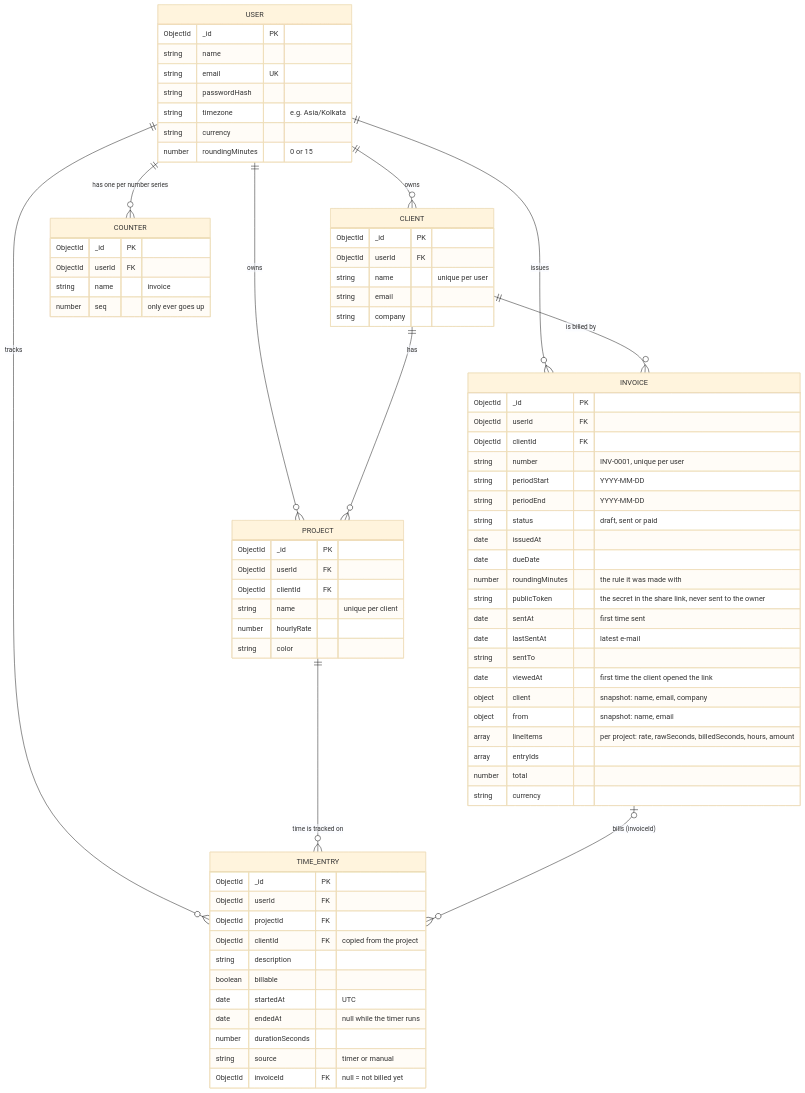
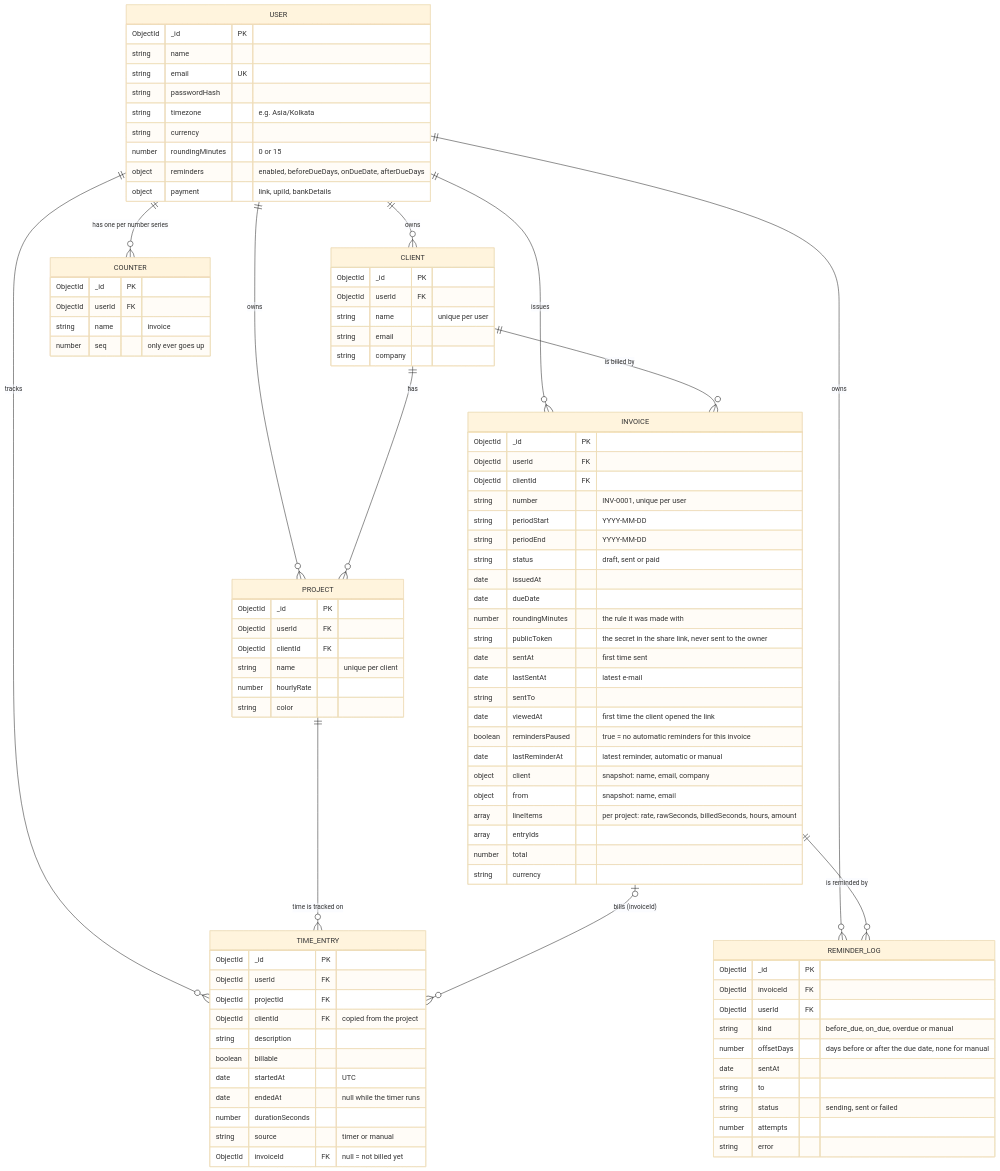
One commit to jagga-123/timeledger changed the diagram in README.md. Above: the diagram before and after it, drawn with Mermaid (base theme). The commit also changed other lines of this file, not shown here.

First line of the commit message:
Document the reminders, the payment details and the hourly job

````diff
--- a/README.md
+++ b/README.md
@@ -181,6 +242,8 @@
     USER ||--o{ TIME_ENTRY : tracks
     USER ||--o{ INVOICE : issues
     USER ||--o{ COUNTER : "has one per number series"
+    USER ||--o{ REMINDER_LOG : owns
+    INVOICE ||--o{ REMINDER_LOG : "is reminded by"
     CLIENT ||--o{ PROJECT : has
     CLIENT ||--o{ INVOICE : "is billed by"
     PROJECT ||--o{ TIME_ENTRY : "time is tracked on"
@@ -194,6 +257,8 @@
         string timezone "e.g. Asia/Kolkata"
         string currency
         number roundingMinutes "0 or 15"
+        object reminders "enabled, beforeDueDays, onDueDate, afterDueDays"
+        object payment "link, upiId, bankDetails"
     }
     CLIENT {
         ObjectId _id PK
@@ -239,6 +304,8 @@
         date lastSentAt "latest e-mail"
         string sentTo
         date viewedAt "first time the client opened the link"
+        boolean remindersPaused "true = no automatic reminders for this invoice"
+        date lastReminderAt "latest reminder, automatic or manual"
         object client "snapshot: name, email, company"
         object from "snapshot: name, email"
         array lineItems "per project: rate, rawSeconds, billedSeconds, hours, amount"
@@ -252,4 +319,16 @@
         string name "invoice"
         number seq "only ever goes up"
     }
+    REMINDER_LOG {
+        ObjectId _id PK
+        ObjectId invoiceId FK
+        ObjectId userId FK
+        string kind "before_due, on_due, overdue or manual"
+        number offsetDays "days before or after the due date, none for manual"
+        date sentAt
+        string to
+        string status "sending, sent or failed"
+        number attempts
+        string error
+    }
 ```
````
